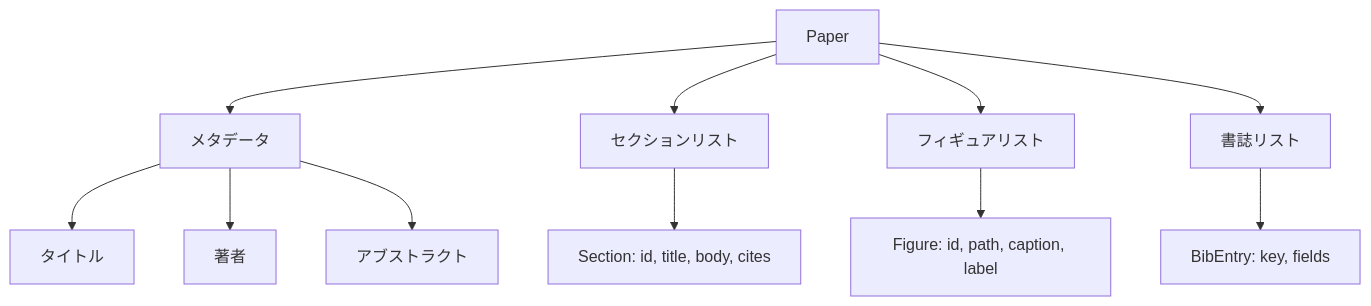
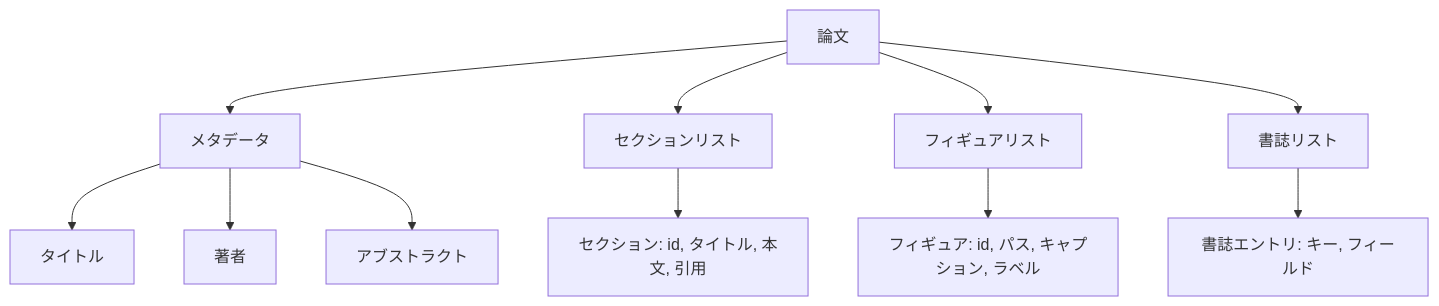
The first of 3 diagrams in content/phases/19-capstone-projects/54-paper-writer/lesson.ja.md (shoshoshomen/synapse-academy), drawn with Mermaid before and after one commit. The commit also changed other lines of this file and 124 other files, not shown here.

First line of the commit message:
feat(i18n): mermaid図のラベルを日本語化(194レッスン/374図)

````diff
--- a/content/phases/19-capstone-projects/54-paper-writer/lesson.ja.md
+++ b/content/phases/19-capstone-projects/54-paper-writer/lesson.ja.md
@@ -24,13 +24,13 @@
 ```mermaid
 flowchart TB
-    Paper[Paper] --> Meta[メタデータ]
-    Paper --> Sections[セクションリスト]
-    Paper --> Figures[フィギュアリスト]
-    Paper --> Bib[書誌リスト]
-    Meta --> Title[タイトル]
-    Meta --> Authors[著者]
-    Meta --> Abstract[アブストラクト]
-    Sections --> Sec1[Section: id, title, body, cites]
-    Figures --> Fig1[Figure: id, path, caption, label]
-    Bib --> Entry1[BibEntry: key, fields]
+    Paper["論文"] --> Meta["メタデータ"]
+    Paper --> Sections["セクションリスト"]
+    Paper --> Figures["フィギュアリスト"]
+    Paper --> Bib["書誌リスト"]
+    Meta --> Title["タイトル"]
+    Meta --> Authors["著者"]
+    Meta --> Abstract["アブストラクト"]
+    Sections --> Sec1["セクション: id, タイトル, 本文, 引用"]
+    Figures --> Fig1["フィギュア: id, パス, キャプション, ラベル"]
+    Bib --> Entry1["書誌エントリ: キー, フィールド"]
 ```
````
